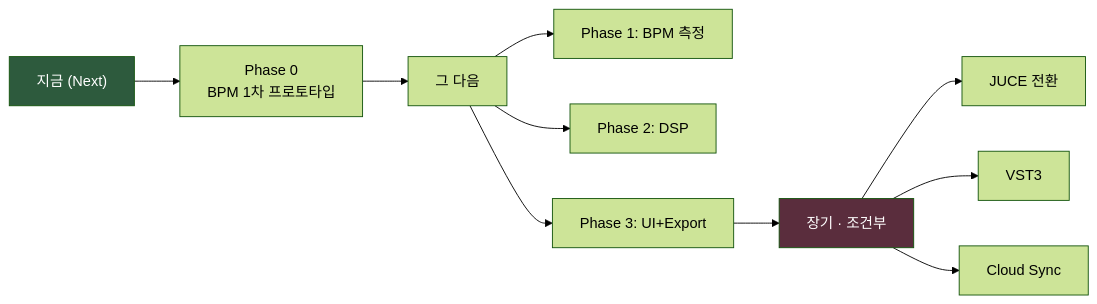
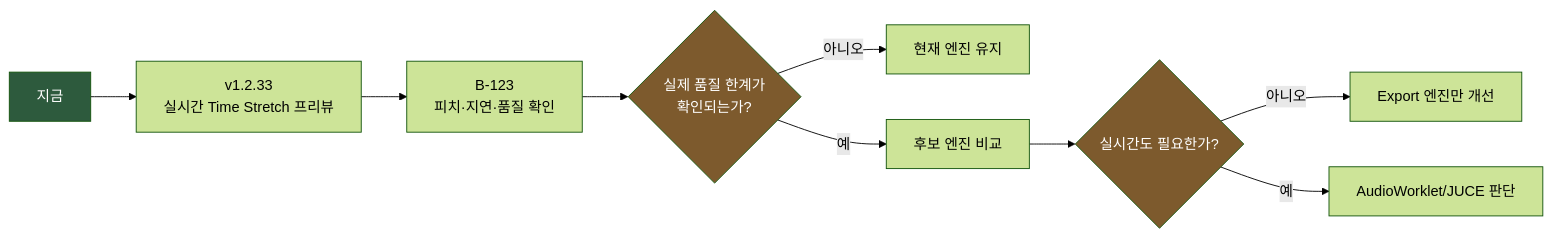
One commit to limsunglyong/FocusDAW-Studio changed the sixth of 6 diagrams in 개발-프로세스.md. Above: the diagram before and after it, drawn with Mermaid (forest theme). The commit also changed other lines of this file and 14 other files, not shown here.

Commit message:
v1.2.40-time stretch 추가

````diff
--- a/개발-프로세스.md
+++ b/개발-프로세스.md
@@ -174,15 +224,15 @@
 ```mermaid
 flowchart LR
-    NOW["지금 (Next)"] --> P0b[Phase 0<br/>BPM 1차 프로토타입]
-    P0b --> NEXT["그 다음"]
-    NEXT --> P1b[Phase 1: BPM 측정]
-    NEXT --> P2b[Phase 2: DSP]
-    NEXT --> P3b[Phase 3: UI+Export]
-    P3b --> LATER["장기 · 조건부"]
-    LATER --> JU[JUCE 전환]
-    LATER --> VST[VST3]
-    LATER --> CLOUD[Cloud Sync]
+    NOW["지금"] --> PREVIEW[v1.2.33<br/>실시간 Time Stretch 프리뷰]
+    PREVIEW --> B123[B-123<br/>피치·지연·품질 확인]
+    B123 --> WHEN{실제 품질 한계가<br/>확인되는가?}
+    WHEN -->|아니오| KEEP[현재 엔진 유지]
+    WHEN -->|예| COMPARE[후보 엔진 비교]
+    COMPARE --> RT{실시간도 필요한가?}
+    RT -->|아니오| EXPORT[Export 엔진만 개선]
+    RT -->|예| WORKLET[AudioWorklet/JUCE 판단]
 
     style NOW fill:#2d5a3d,color:#fff
-    style LATER fill:#5a2d3d,color:#fff
+    style WHEN fill:#7d5a2d,color:#fff
+    style RT fill:#7d5a2d,color:#fff
 ```
````
